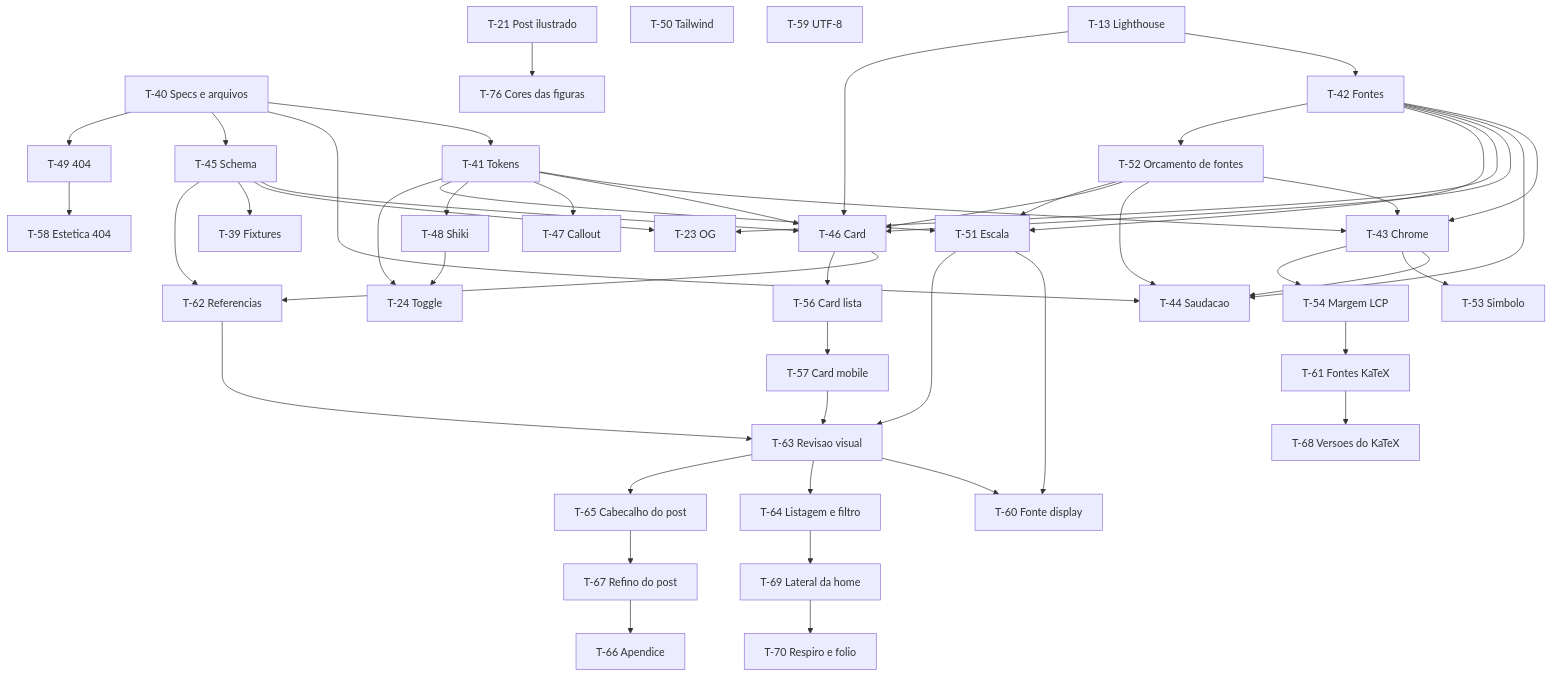
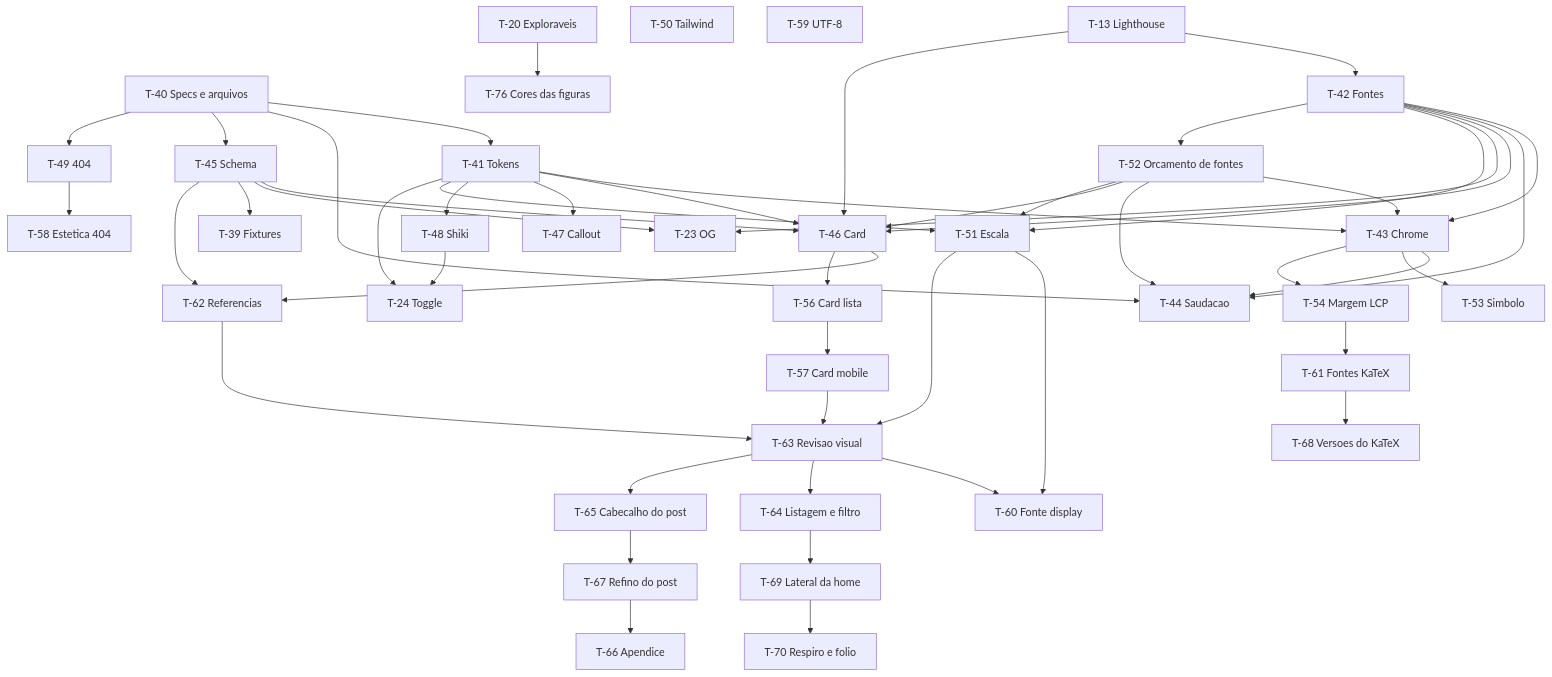
The second of 2 diagrams in specs/ROADMAP.md (Pedroknoll/blog_pedro-knoll), drawn with Mermaid before and after one commit. The commit also changed other lines of this file and 3 other files, not shown here.

````diff
--- a/specs/ROADMAP.md
+++ b/specs/ROADMAP.md
@@ -120,7 +120,7 @@
   T68[T-68 Versoes do KaTeX]
   T69[T-69 Lateral da home]
   T70[T-70 Respiro e folio]
-  T21[T-21 Post ilustrado]
+  T20[T-20 Exploraveis]
   T76[T-76 Cores das figuras]
   T40 --> T41
   T40 --> T44
@@ -169,5 +169,5 @@
   T61 --> T68
   T64 --> T69
   T69 --> T70
-  T21 --> T76
+  T20 --> T76
 ```
````
